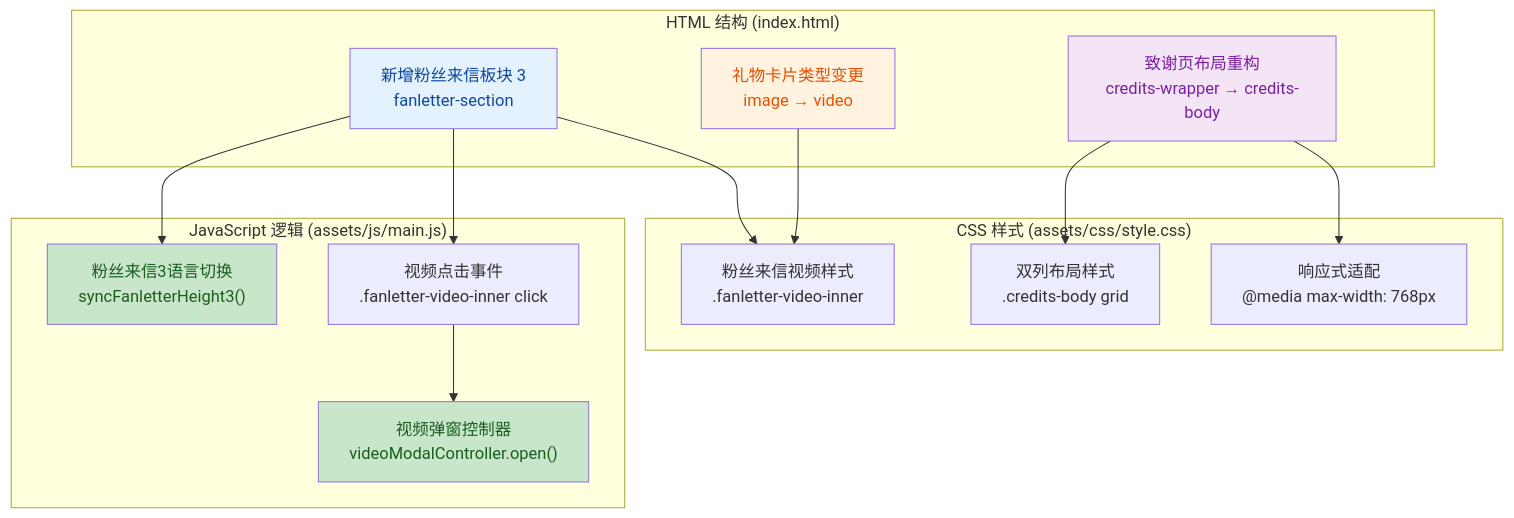
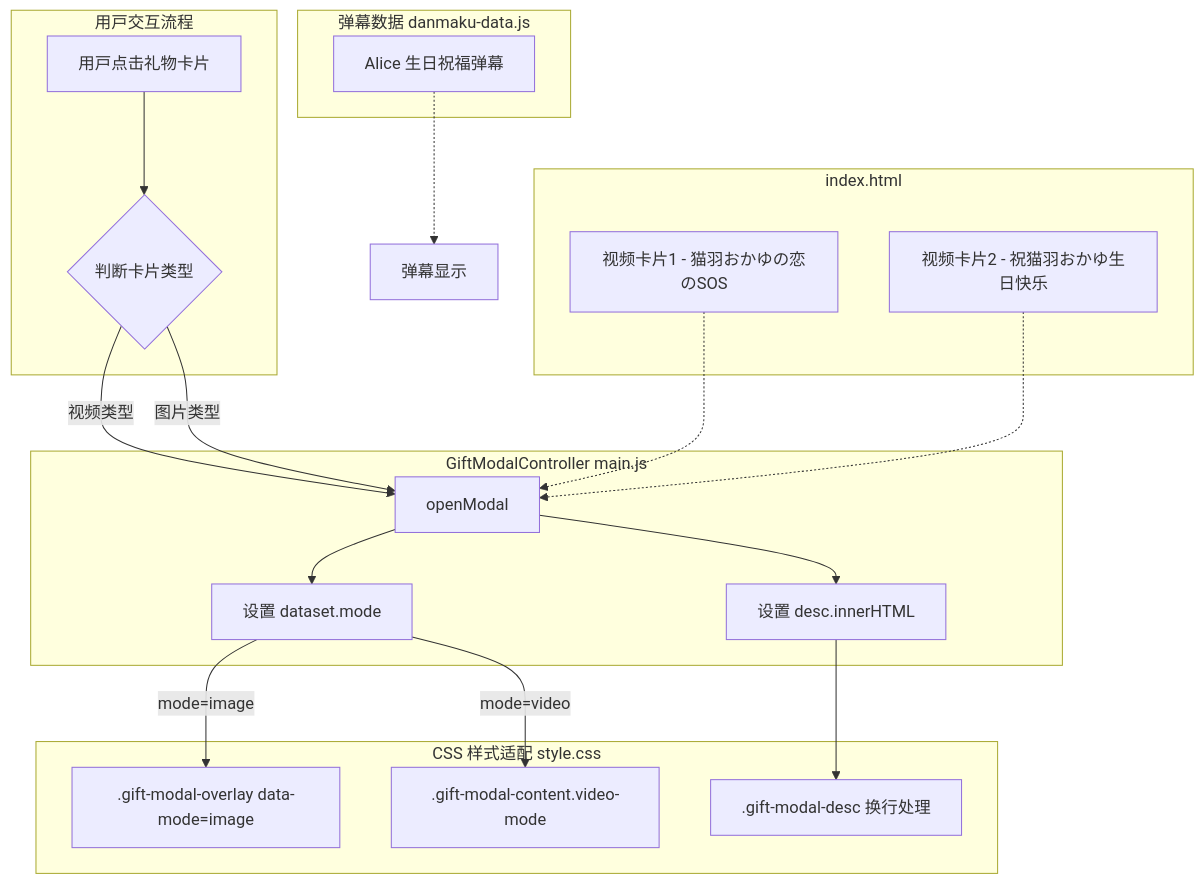
One commit to SunsetShimmer381/okayu-birthday-site changed the diagram in TL;DR.MD. Above: the diagram before and after it, drawn with Mermaid. The commit also changed other lines of this file and 4 other files, not shown here.

````diff
--- a/TL;DR.MD
+++ b/TL;DR.MD
@@ -14,34 +14,38 @@
 ```mermaid
 graph TD
-    subgraph "HTML 结构 (index.html)"
-        A["新增粉丝来信板块 3<br>fanletter-section"]
-        B["礼物卡片类型变更<br>image → video"]
-        C["致谢页布局重构<br>credits-wrapper → credits-body"]
+    subgraph "用户交互流程"
+        A[用户点击礼物卡片] --> B{判断卡片类型}
     end
     
-    subgraph "CSS 样式 (assets/css/style.css)"
-        D["粉丝来信视频样式<br>.fanletter-video-inner"]
-        E["双列布局样式<br>.credits-body grid"]
-        F["响应式适配<br>@media max-width: 768px"]
+    subgraph "index.html"
+        C[视频卡片1 - 猫羽おかゆの恋のSOS]
+        D[视频卡片2 - 祝猫羽おかゆ生日快乐]
     end
     
-    subgraph "JavaScript 逻辑 (assets/js/main.js)"
-        G["粉丝来信3语言切换<br>syncFanletterHeight3()"]
-        H["视频点击事件<br>.fanletter-video-inner click"]
-        I["视频弹窗控制器<br>videoModalController.open()"]
+    subgraph "GiftModalController main.js"
+        E[openModal]
+        F[设置 dataset.mode]
+        G[设置 desc.innerHTML]
     end
     
-    A --> D
-    A --> G
-    A --> H
-    B --> D
-    C --> E
-    C --> F
-    H --> I
+    subgraph "CSS 样式适配 style.css"
+        H[.gift-modal-overlay data-mode=image]
+        I[.gift-modal-content.video-mode]
+        J[.gift-modal-desc 换行处理]
+    end
     
-    style A fill:#e3f2fd,color:#0d47a1
-    style B fill:#fff3e0,color:#e65100
-    style C fill:#f3e5f5,color:#7b1fa2
-    style G fill:#c8e6c9,color:#1a5e20
-    style I fill:#c8e6c9,color:#1a5e20
+    subgraph "弹幕数据 danmaku-data.js"
+        K[Alice 生日祝福弹幕]
+    end
+    
+    B -->|视频类型| E
+    B -->|图片类型| E
+    E --> F
+    F -->|mode=video| I
+    F -->|mode=image| H
+    E --> G
+    G --> J
+    C -.-> E
+    D -.-> E
+    K -.-> 弹幕显示
 ```
````
